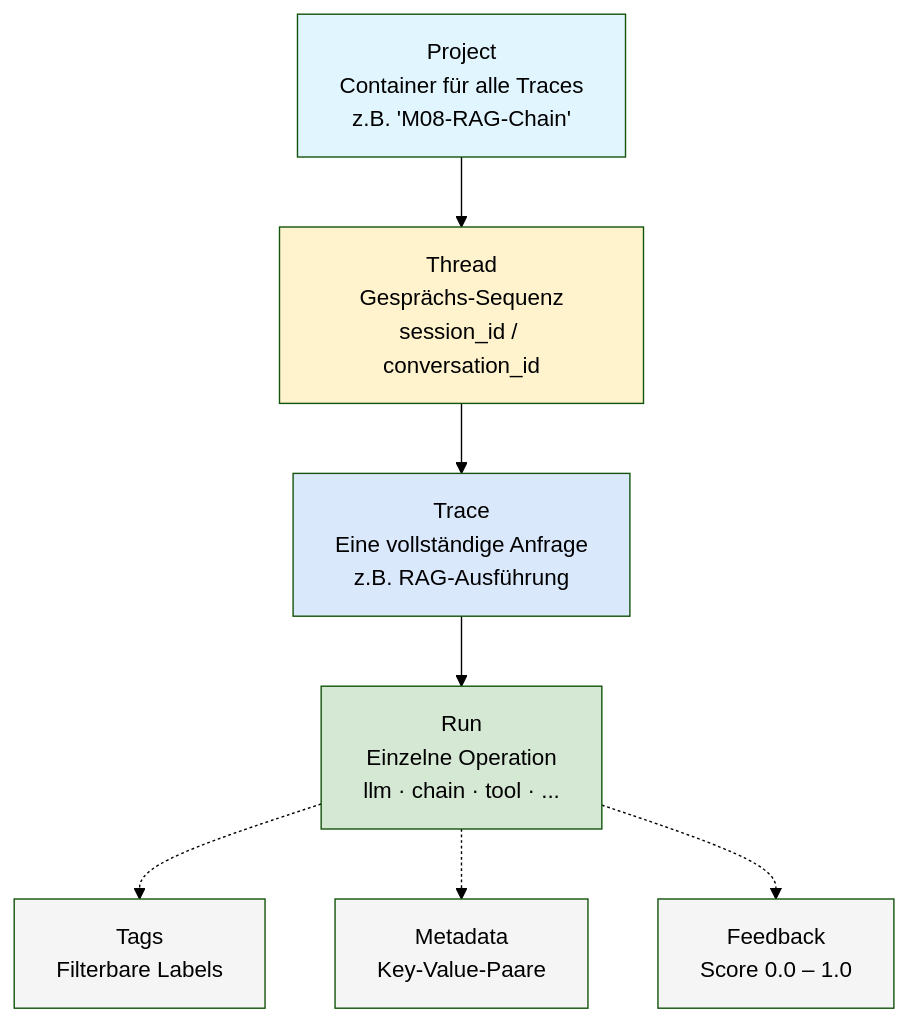
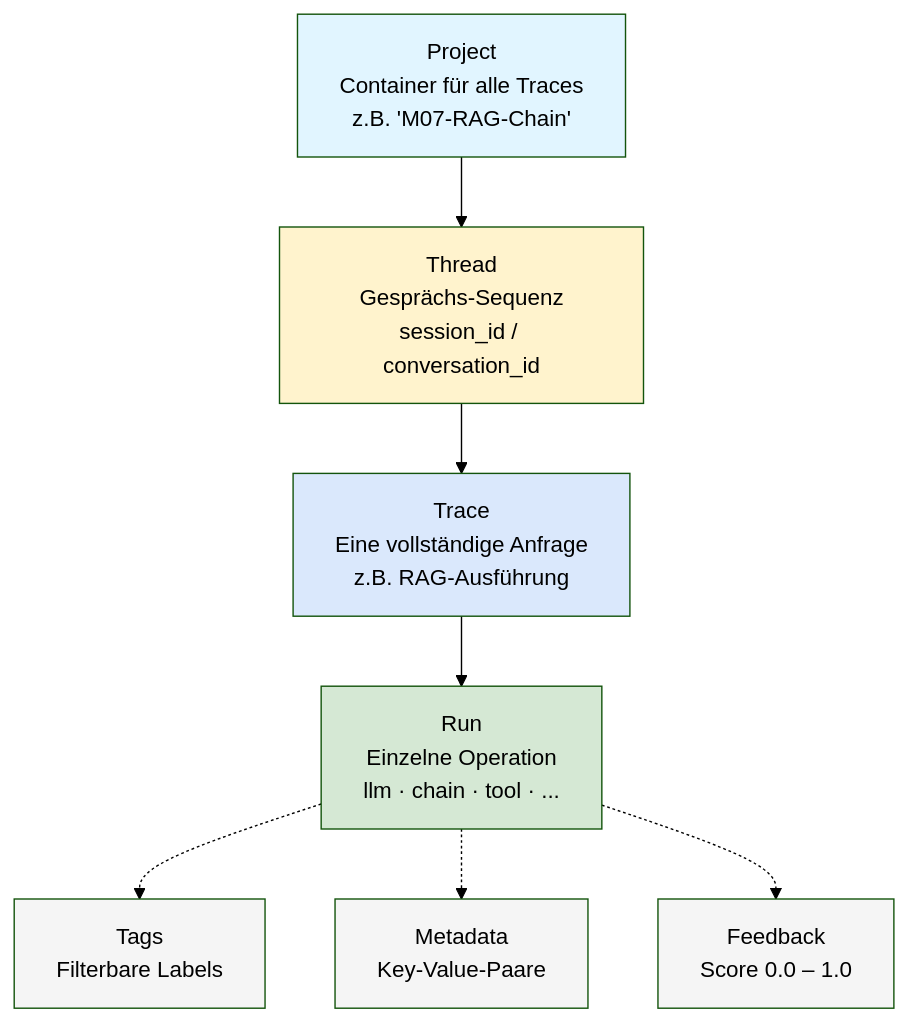
The second of 5 diagrams in docs/05-frameworks/einsteiger-langsmith.md (ralf-42/Agenten), drawn with Mermaid (forest theme) before and after one commit. The commit also changed other lines of this file and 167 other files, not shown here.

````diff
--- a/docs/05-frameworks/einsteiger-langsmith.md
+++ b/docs/05-frameworks/einsteiger-langsmith.md
@@ -170,25 +170,25 @@
 ```mermaid
 flowchart TB
-    PROJECT["Project<br>Container für alle Traces<br>z.B. 'M08-RAG-Chain'"]
+    PROJECT["Project<br>Container für alle Traces<br>z.B. 'M07-RAG-Chain'"]
     THREAD["Thread<br>Gesprächs-Sequenz<br>session_id / conversation_id"]
     TRACE["Trace<br>Eine vollständige Anfrage<br>z.B. RAG-Ausführung"]
     RUN["Run<br>Einzelne Operation<br>llm · chain · tool · ..."]
     TAGS["Tags<br>Filterbare Labels"]
     META["Metadata<br>Key-Value-Paare"]
     FEEDBACK["Feedback<br>Score 0.0 – 1.0"]
 
     PROJECT --> THREAD
     THREAD --> TRACE
     TRACE --> RUN
     RUN -.-> TAGS
     RUN -.-> META
     RUN -.-> FEEDBACK
 
     style PROJECT fill:#e1f5ff
     style THREAD fill:#fff3cd
     style TRACE fill:#dae8fc
     style RUN fill:#d5e8d4
     style TAGS fill:#f5f5f5
     style META fill:#f5f5f5
     style FEEDBACK fill:#f5f5f5
 ```
````
